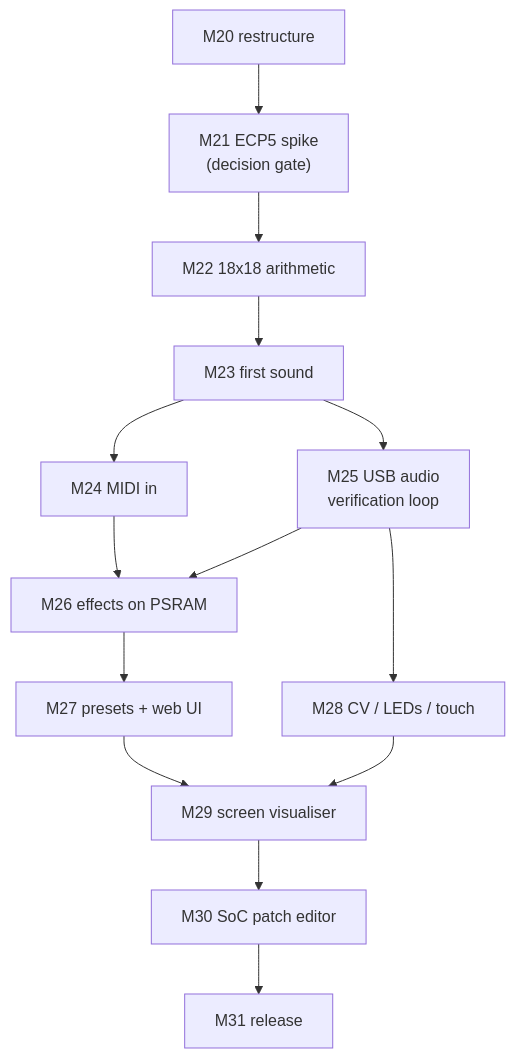
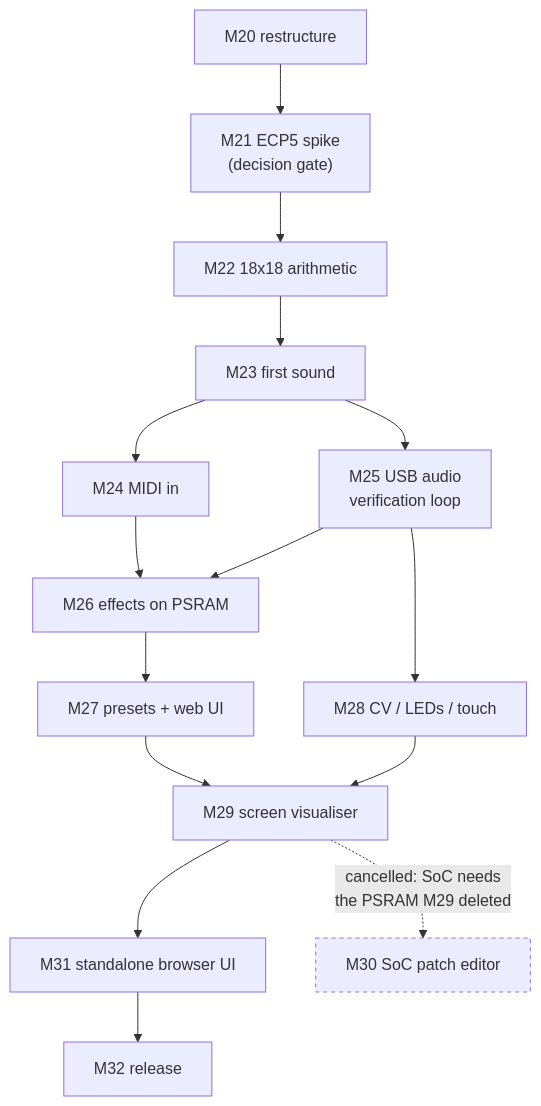
Before and after one commit to kazunori279/xls32-fpga-synth: the diagram in docs/TILIQUA_PORT.md, drawn with Mermaid. The commit also changed other lines of this file and 34 other files, not shown here.

````diff
--- a/docs/TILIQUA_PORT.md
+++ b/docs/TILIQUA_PORT.md
@@ -1159,16 +1171,18 @@
 ```mermaid
 flowchart TD
   M20["M20 restructure"] --> M21["M21 ECP5 spike<br/>(decision gate)"]
   M21 --> M22["M22 18x18 arithmetic"]
   M22 --> M23["M23 first sound"]
   M23 --> M24["M24 MIDI in"]
   M23 --> M25["M25 USB audio<br/>verification loop"]
   M25 --> M26["M26 effects on PSRAM"]
   M24 --> M26
   M26 --> M27["M27 presets + web UI"]
   M25 --> M28["M28 CV / LEDs / touch"]
   M27 --> M29["M29 screen visualiser"]
   M28 --> M29
-  M29 --> M30["M30 SoC patch editor"]
-  M30 --> M31["M31 release"]
+  M29 --> M31["M31 standalone browser UI"]
+  M31 --> M32["M32 release"]
+  M29 -.->|"cancelled: SoC needs<br/>the PSRAM M29 deleted"| M30["M30 SoC patch editor"]
+  style M30 stroke-dasharray: 4 4
 ```
````
